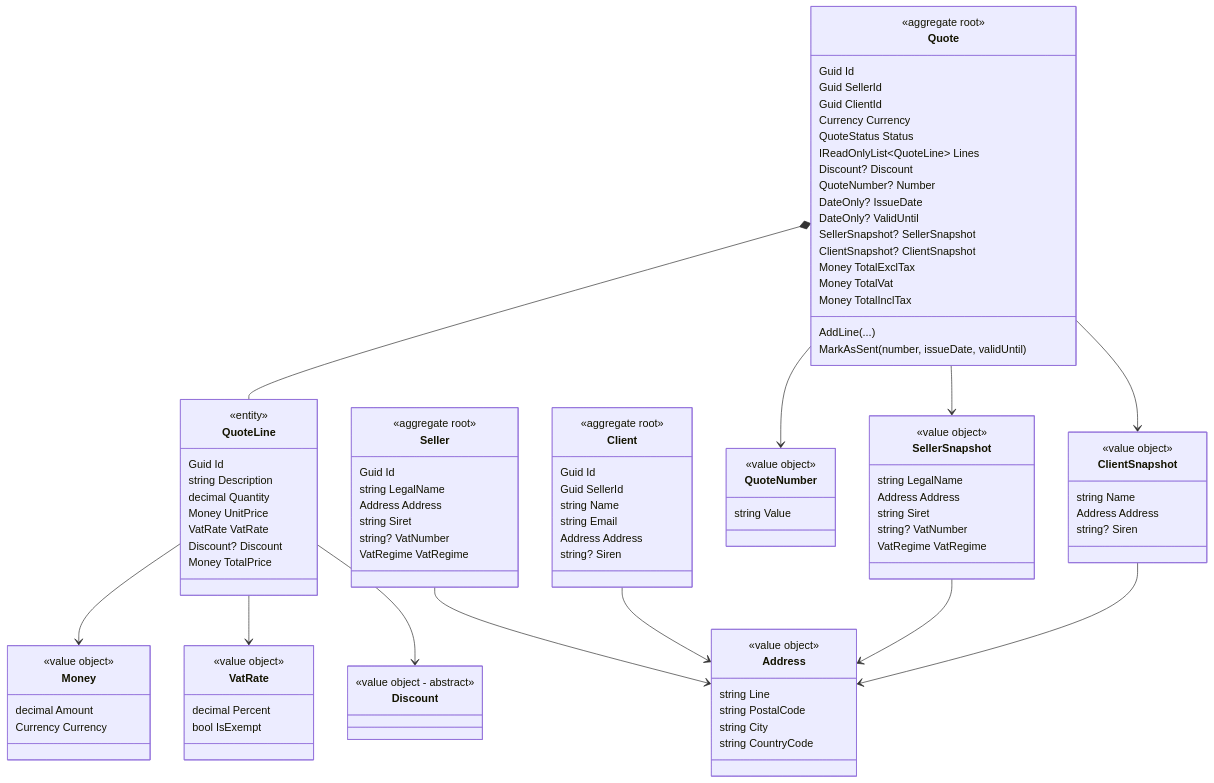
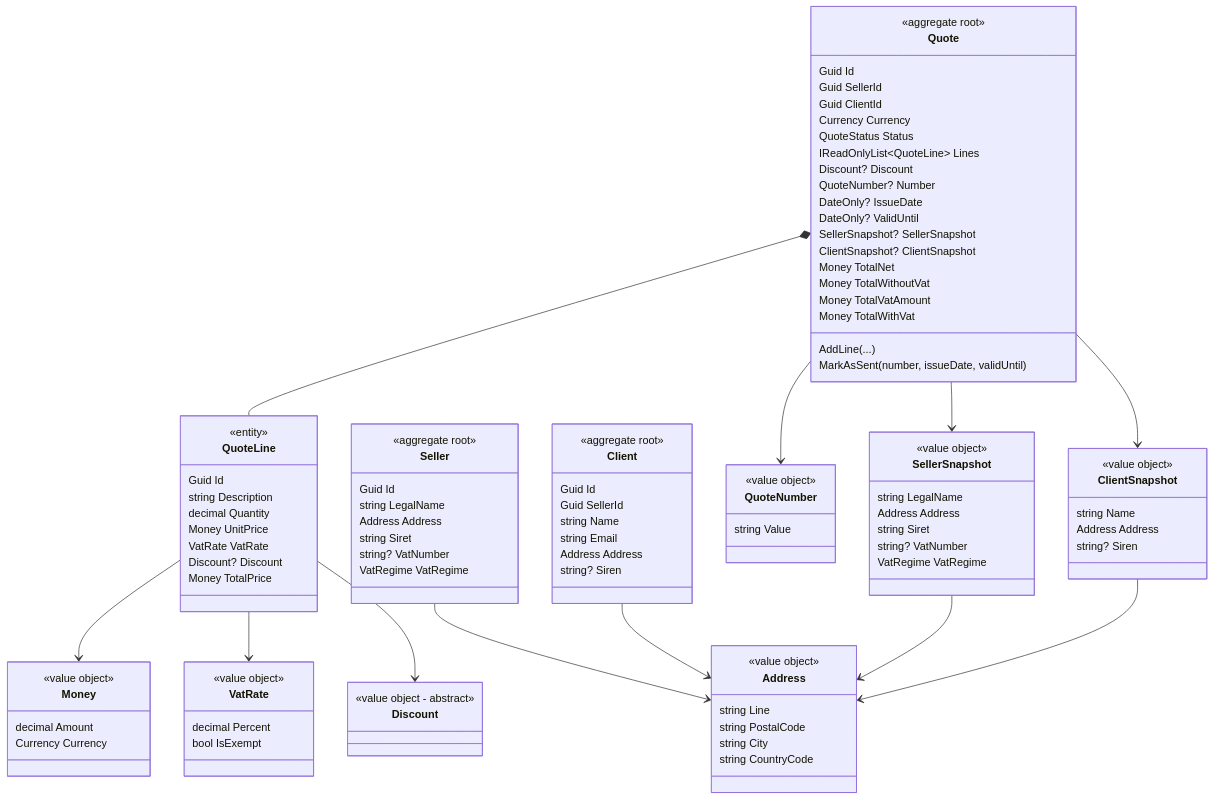
The second of 4 diagrams in docs/domain-model.md (MarineLouWork/ChaChing), drawn with Mermaid before and after one commit. The commit also changed other lines of this file and 7 other files, not shown here.

First line of the commit message:
feat(quote): VAT breakdown with remainder on last rate, zero total guard

```diff
--- a/docs/domain-model.md
+++ b/docs/domain-model.md
@@ -81,9 +81,10 @@
         ClientSnapshot? ClientSnapshot
         AddLine(...)
         MarkAsSent(number, issueDate, validUntil)
-        Money TotalExclTax
-        Money TotalVat
-        Money TotalInclTax
+        Money TotalNet
+        Money TotalWithoutVat
+        Money TotalVatAmount
+        Money TotalWithVat
     }
 
     class QuoteLine {
```
